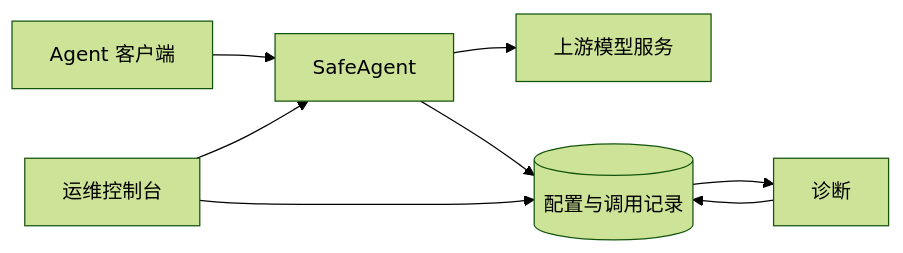
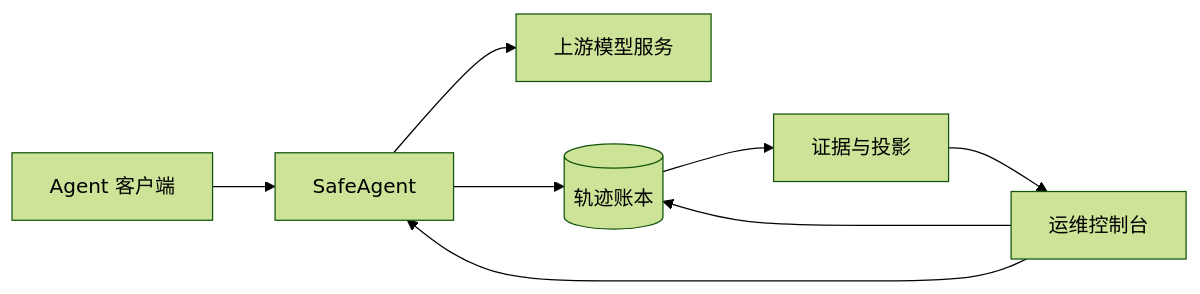
The diagram in docs/human/architecture_zh.md (yv1ing/SafeAgent), drawn with Mermaid (forest theme) before and after one commit. The commit also changed other lines of this file and 395 other files, not shown here.

Commit message:
refactor: rebuild the pipeline, console, evidence, tests and docs around a trajectory event ledger

````diff
--- a/docs/human/architecture_zh.md
+++ b/docs/human/architecture_zh.md
@@ -9,10 +9,10 @@
 ```mermaid
 flowchart LR
     Clients["Agent 客户端"] --> Gateway["SafeAgent"]
     Console["运维控制台"] --> Gateway
     Gateway --> Providers["上游模型服务"]
-    Gateway --> History[("配置与调用记录")]
-    Console --> History
-    History --> Diagnosis["诊断"]
-    Diagnosis --> History
+    Gateway --> Ledger[("轨迹账本")]
+    Console --> Ledger
+    Ledger --> Evidence["证据与投影"]
+    Evidence --> Console
 ```
````
